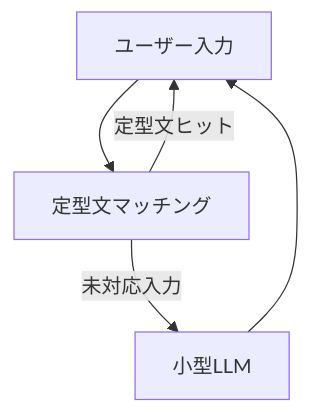
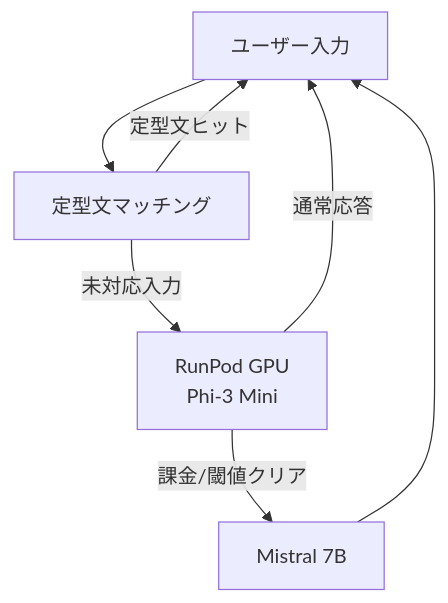
Before and after one commit to MikaKana/snack_misaki: the third of 4 diagrams in docs/architecture.md, drawn with Mermaid. The commit also changed other lines of this file and 3 other files, not shown here.

Commit message:
Document RunPod serverless backend and model switching

````diff
--- a/docs/architecture.md
+++ b/docs/architecture.md
@@ -56,7 +60,9 @@
 ```mermaid
 flowchart TD
 F1[ユーザー入力] --> F2[定型文マッチング]
 F2 -->|定型文ヒット| F1
-F2 -->|未対応入力| B1[小型LLM]
-B1 --> F1
+F2 -->|未対応入力| B1[RunPod GPU\nPhi-3 Mini]
+B1 -->|通常応答| F1
+B1 -->|課金/閾値クリア| B2[Mistral 7B]
+B2 --> F1
 ```
````
